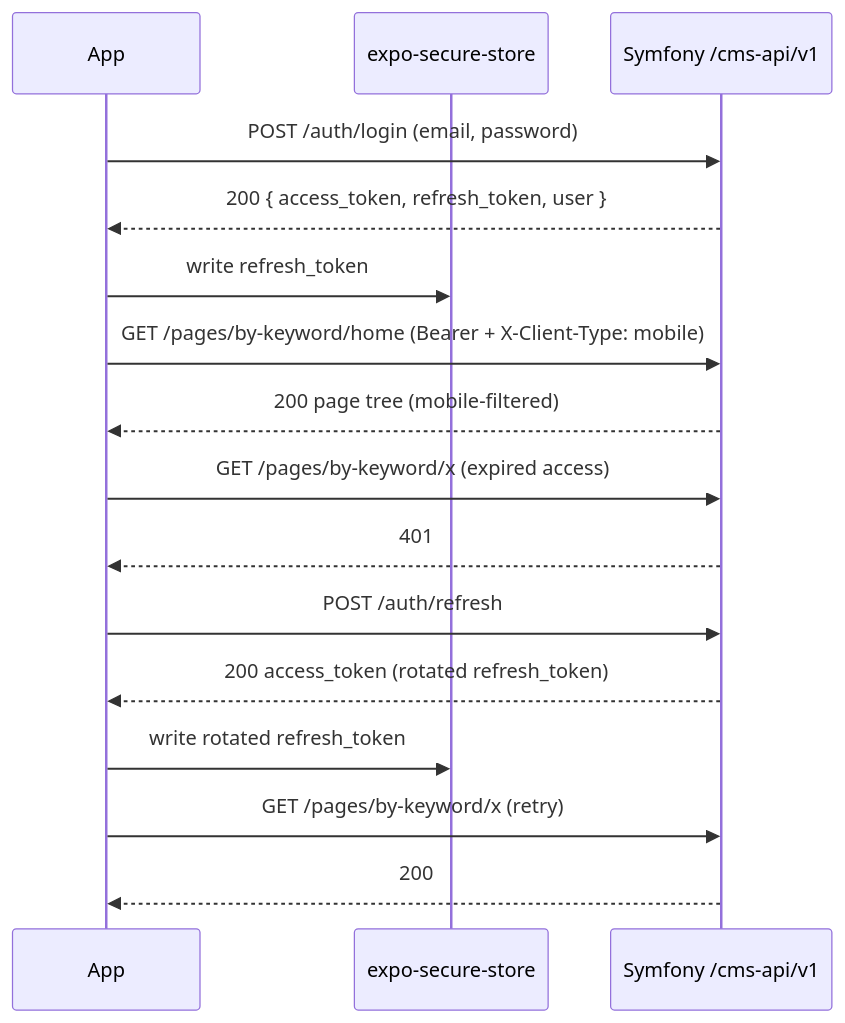
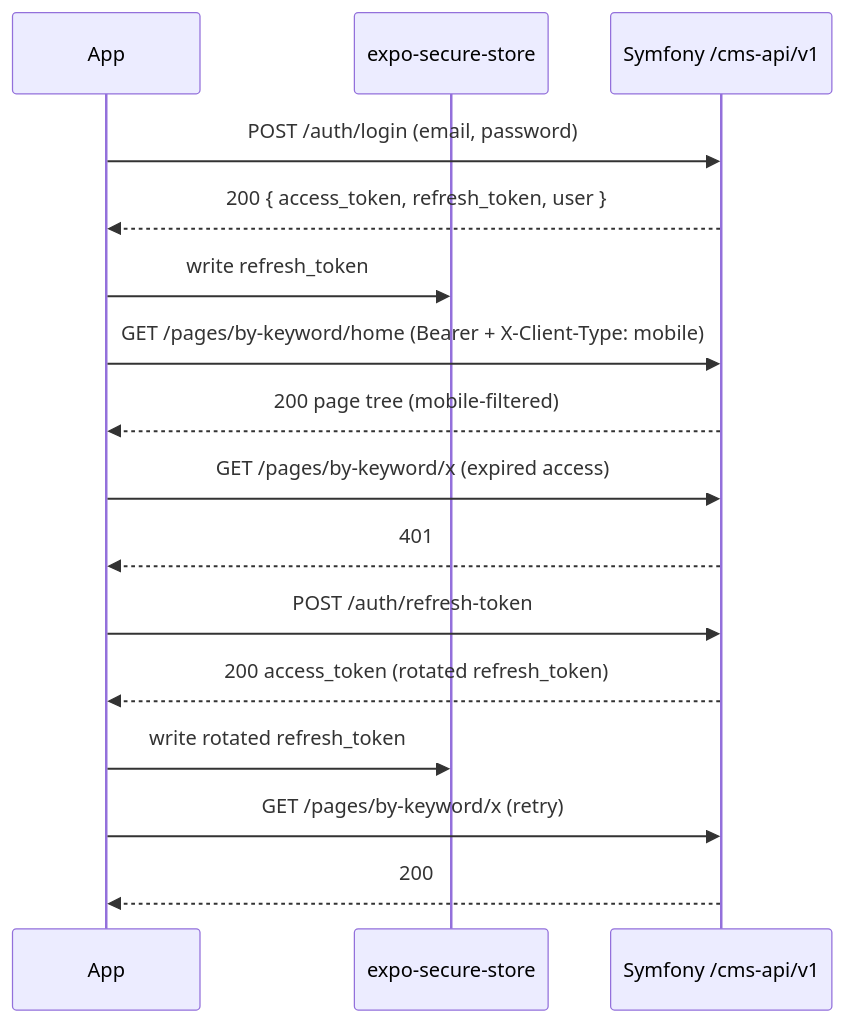
One commit to humdek-unibe-ch/sh-selfhelp_mobile changed the second of 2 diagrams in docs/architecture.md. Above: the diagram before and after it, drawn with Mermaid. The commit also changed other lines of this file and 36 other files, not shown here.

````diff
--- a/docs/architecture.md
+++ b/docs/architecture.md
@@ -59,18 +62,18 @@
 ```mermaid
 sequenceDiagram
     participant App
     participant Store as expo-secure-store
     participant API as Symfony /cms-api/v1
     App->>API: POST /auth/login (email, password)
     API-->>App: 200 { access_token, refresh_token, user }
     App->>Store: write refresh_token
     App->>API: GET /pages/by-keyword/home (Bearer + X-Client-Type: mobile)
     API-->>App: 200 page tree (mobile-filtered)
     App->>API: GET /pages/by-keyword/x (expired access)
     API-->>App: 401
-    App->>API: POST /auth/refresh
+    App->>API: POST /auth/refresh-token
     API-->>App: 200 access_token (rotated refresh_token)
     App->>Store: write rotated refresh_token
     App->>API: GET /pages/by-keyword/x (retry)
     API-->>App: 200
 ```
````
